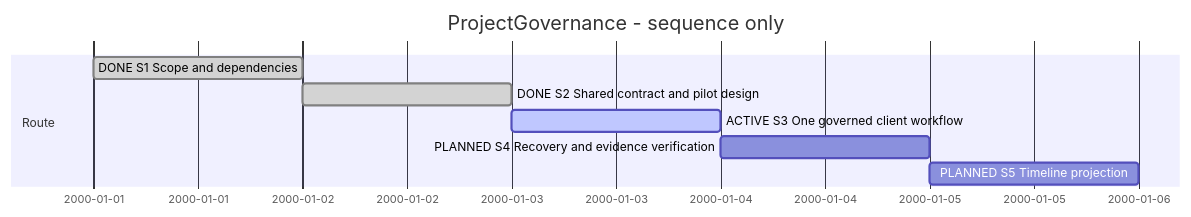
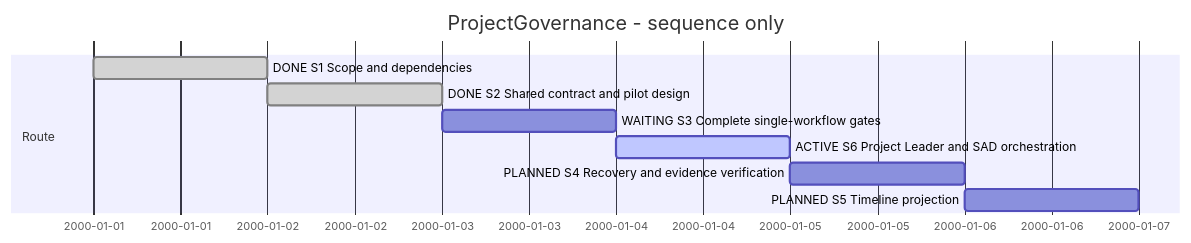
The diagram in SDP/Sessions/session-#0007--Project_governance.md (Hans-Einar/SDP), drawn with Mermaid before and after one commit. The commit also changed other lines of this file and 23 other files, not shown here.

````diff
--- a/SDP/Sessions/session-#0007--Project_governance.md
+++ b/SDP/Sessions/session-#0007--Project_governance.md
@@ -10,11 +11,12 @@
 ```mermaid
 gantt
     title ProjectGovernance - sequence only
     dateFormat YYYY-MM-DD
     section Route
     DONE S1 Scope and dependencies :done,s1,2000-01-01,1d
     DONE S2 Shared contract and pilot design :done,s2,after s1,1d
-    ACTIVE S3 One governed client workflow :active,s3,after s2,1d
-    PLANNED S4 Recovery and evidence verification :s4,after s3,1d
+    WAITING S3 Complete single-workflow gates :s3,after s2,1d
+    ACTIVE S6 Project Leader and SAD orchestration :active,s6,after s3,1d
+    PLANNED S4 Recovery and evidence verification :s4,after s6,1d
     PLANNED S5 Timeline projection :s5,after s4,1d
 ```
````
